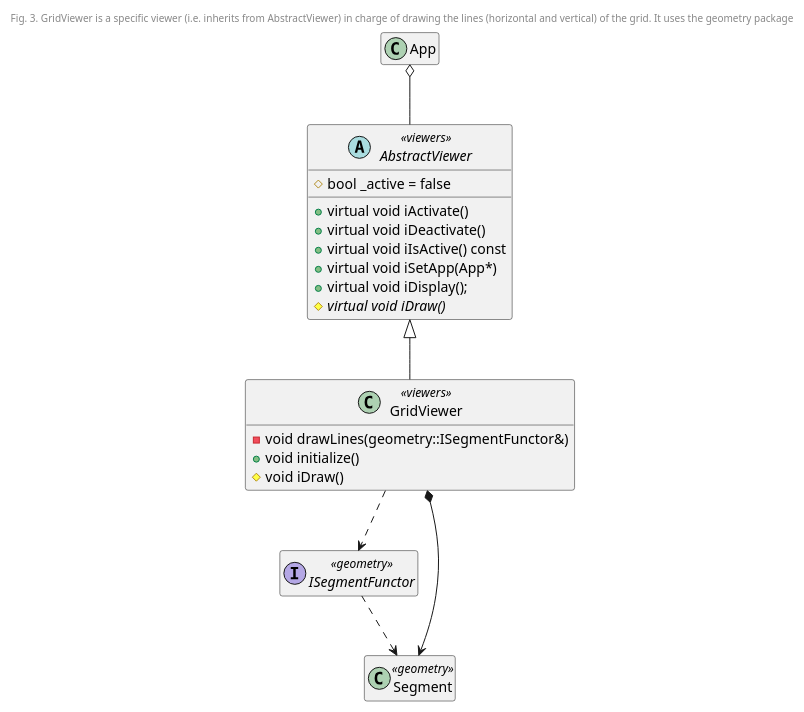
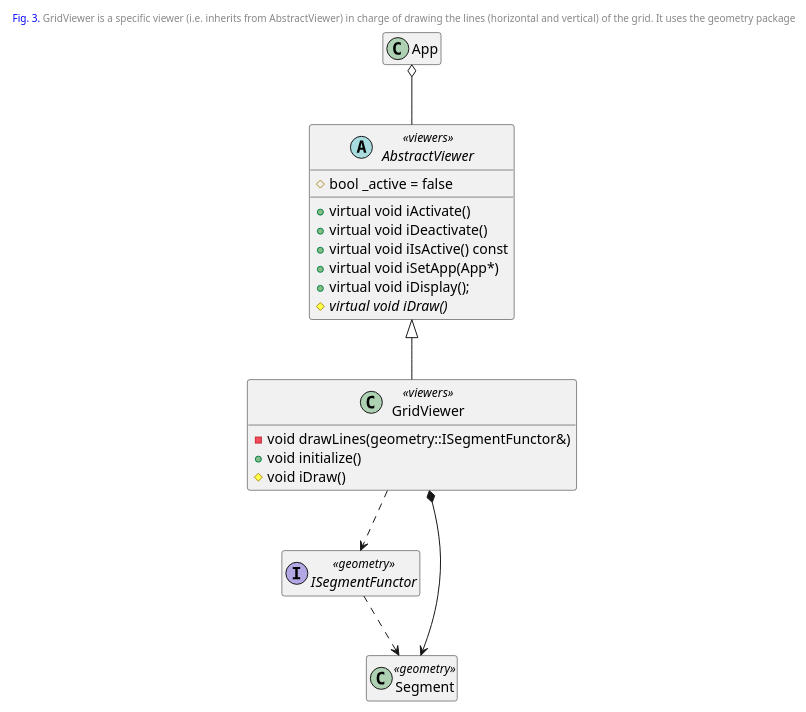
The third of 4 diagrams in _posts/modsim/2020-09-29-sfml-2d-grid.md (kanmeugne/kanmeugne.github.io), drawn with PlantUML before and after one commit. The commit also changed other lines of this file and 1 other file, not shown here.

Commit message:
update grid with obstacle

```diff
--- a/_posts/modsim/2020-09-29-sfml-2d-grid.md
+++ b/_posts/modsim/2020-09-29-sfml-2d-grid.md
@@ -190,43 +190,43 @@
 {% plantuml %}
 @startuml
 header
-<size:10> Fig. 3. GridViewer is a specific viewer (i.e. inherits from AbstractViewer) in charge of drawing the lines (horizontal and vertical) of the grid. It uses the geometry package </size>
+<size:10> <font color=blue>Fig. 3.</font> GridViewer is a specific viewer (i.e. inherits from AbstractViewer) in charge of drawing the lines (horizontal and vertical) of the grid. It uses the geometry package </size>
 end header
 class App {
     + {static} const int DEFAULT_HEIGHT
     + {static} const int DEFAULT_WIDTH
     + {static} const int DEFAULT_RESX
     + {static} const int DEFAULT_RESY
     + void run()
     + void display()
 }
 abstract class AbstractViewer <<viewers>> {
     + virtual void iActivate()
     + virtual void iDeactivate()
     + virtual void iIsActive() const
     + virtual void iSetApp(App*)
     + virtual void iDisplay();
     # {abstract} virtual void iDraw()
     # bool _active = false
 }
 class GridViewer <<viewers>> extends AbstractViewer {
     - void drawLines(geometry::ISegmentFunctor&)
     + void initialize()
     # void iDraw()
 }
 interface ISegmentFunctor <<geometry>>
 class Segment <<geometry>>
 
 ISegmentFunctor ..> Segment
 App o-- AbstractViewer
 GridViewer ..> ISegmentFunctor
 GridViewer *--> Segment
 
 hide App members
 hide ISegmentFunctor members
 hide Segment members
 hide GridViewer fields
 
 @enduml
 
 {% endplantuml %}
```
